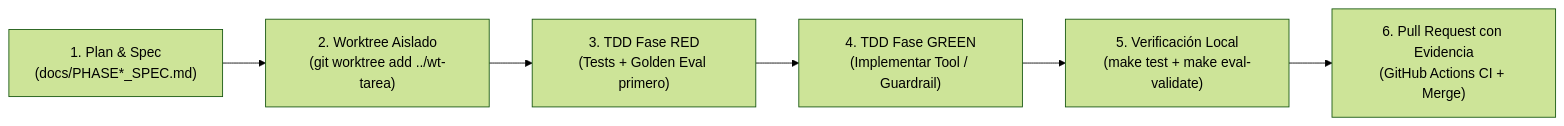
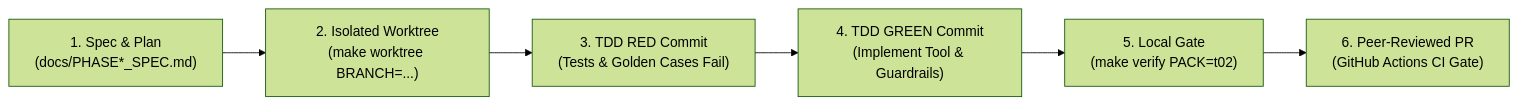
Before and after one commit to rafalitox2/ai-innovators-london-hackathon: the diagram in docs/BITACORA_T02.md, drawn with Mermaid (forest theme). The commit also changed other lines of this file and 4 other files, not shown here.

````diff
--- a/docs/BITACORA_T02.md
+++ b/docs/BITACORA_T02.md
@@ -68,8 +74,8 @@
 ```mermaid
 flowchart LR
-    A["1. Plan & Spec<br/>(docs/PHASE*_SPEC.md)"] --> B["2. Worktree Aislado<br/>(git worktree add ../wt-tarea)"]
-    B --> C["3. TDD Fase RED<br/>(Tests + Golden Eval primero)"]
-    C --> D["4. TDD Fase GREEN<br/>(Implementar Tool / Guardrail)"]
-    D --> E["5. Verificación Local<br/>(make test + make eval-validate)"]
-    E --> F["6. Pull Request con Evidencia<br/>(GitHub Actions CI + Merge)"]
+    A["1. Spec & Plan<br/>(docs/PHASE*_SPEC.md)"] --> B["2. Isolated Worktree<br/>(make worktree BRANCH=...)"]
+    B --> C["3. TDD RED Commit<br/>(Tests & Golden Cases Fail)"]
+    C --> D["4. TDD GREEN Commit<br/>(Implement Tool & Guardrails)"]
+    D --> E["5. Local Gate<br/>(make verify PACK=t02)"]
+    E --> F["6. Peer-Reviewed PR<br/>(GitHub Actions CI Gate)"]
 ```
````
